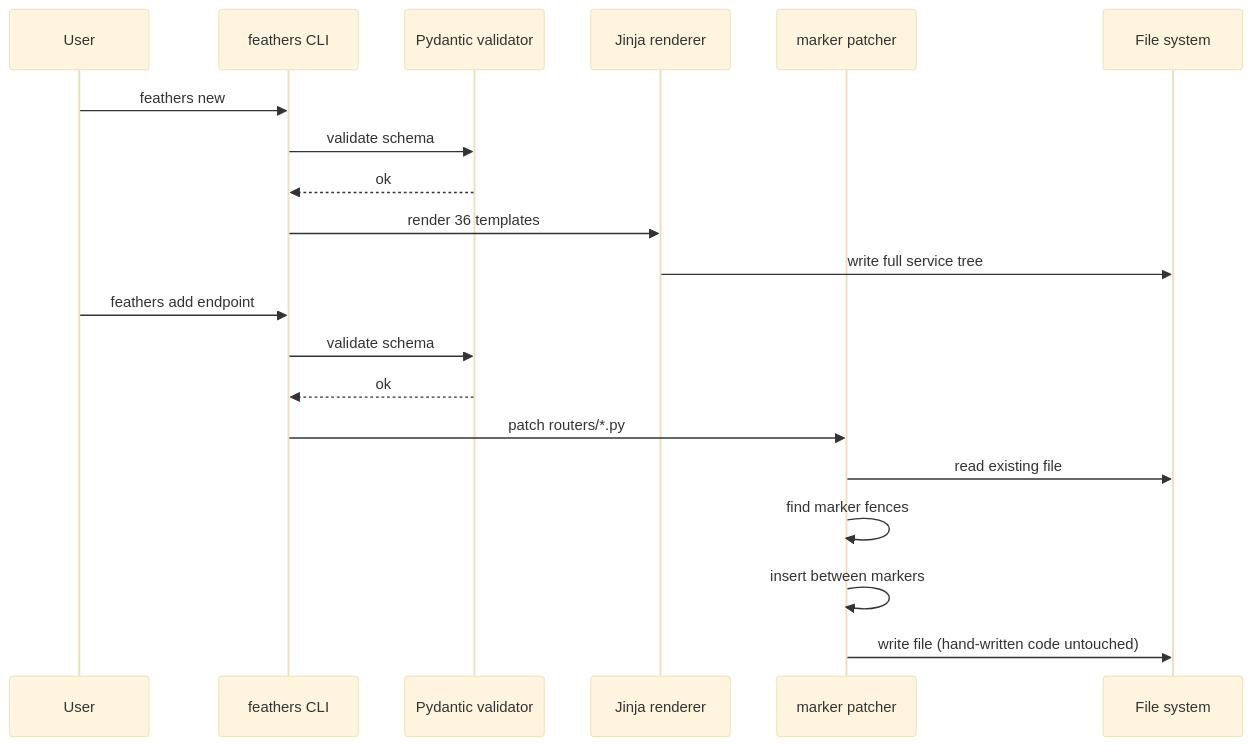
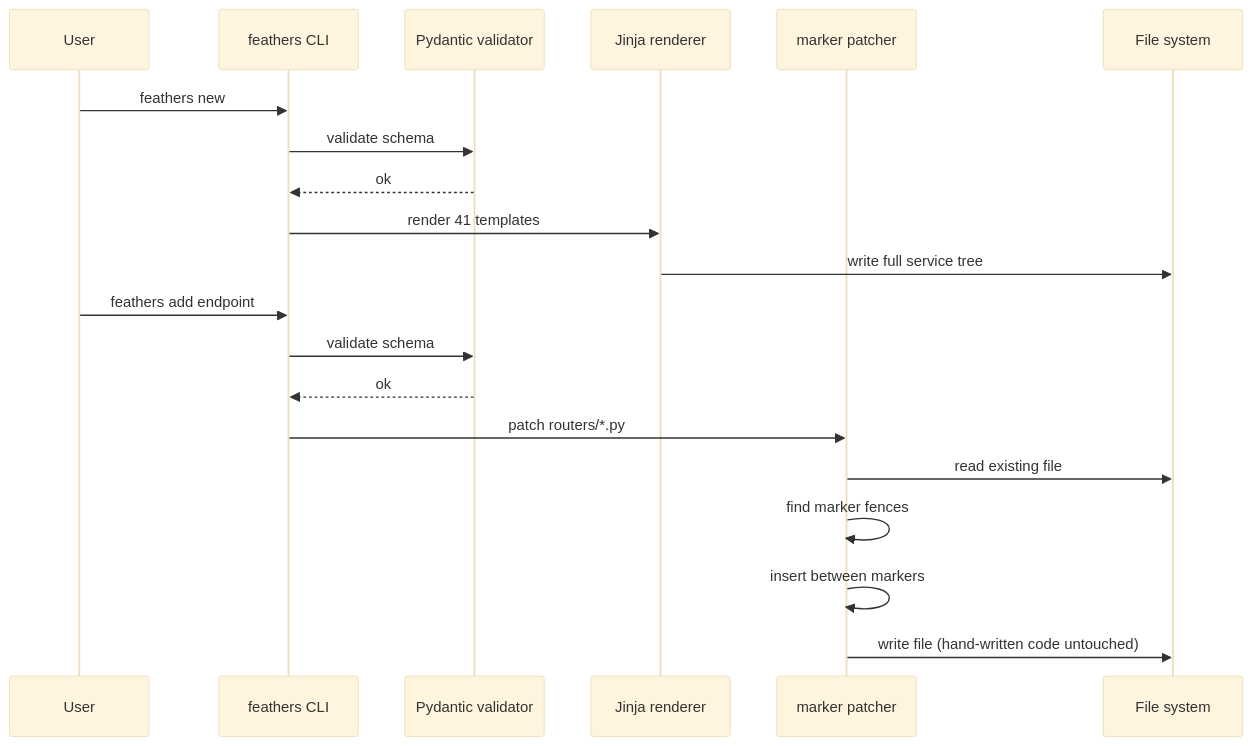
Before and after one commit to Abdul-Muizz1310/feathers: the second of 4 diagrams in README.md, drawn with Mermaid (base theme). The commit also changed other lines of this file and 9 other files, not shown here.

````diff
--- a/README.md
+++ b/README.md
@@ -76,24 +79,24 @@
 ```mermaid
 sequenceDiagram
     participant User
     participant CLI as feathers CLI
     participant Val as Pydantic validator
     participant Gen as Jinja renderer
     participant AST as marker patcher
     participant FS as File system
 
     User->>CLI: feathers new
     CLI->>Val: validate schema
     Val-->>CLI: ok
-    CLI->>Gen: render 36 templates
+    CLI->>Gen: render 41 templates
     Gen->>FS: write full service tree
 
     User->>CLI: feathers add endpoint
     CLI->>Val: validate schema
     Val-->>CLI: ok
     CLI->>AST: patch routers/*.py
     AST->>FS: read existing file
     AST->>AST: find marker fences
     AST->>AST: insert between markers
     AST->>FS: write file (hand-written code untouched)
 ```
````
